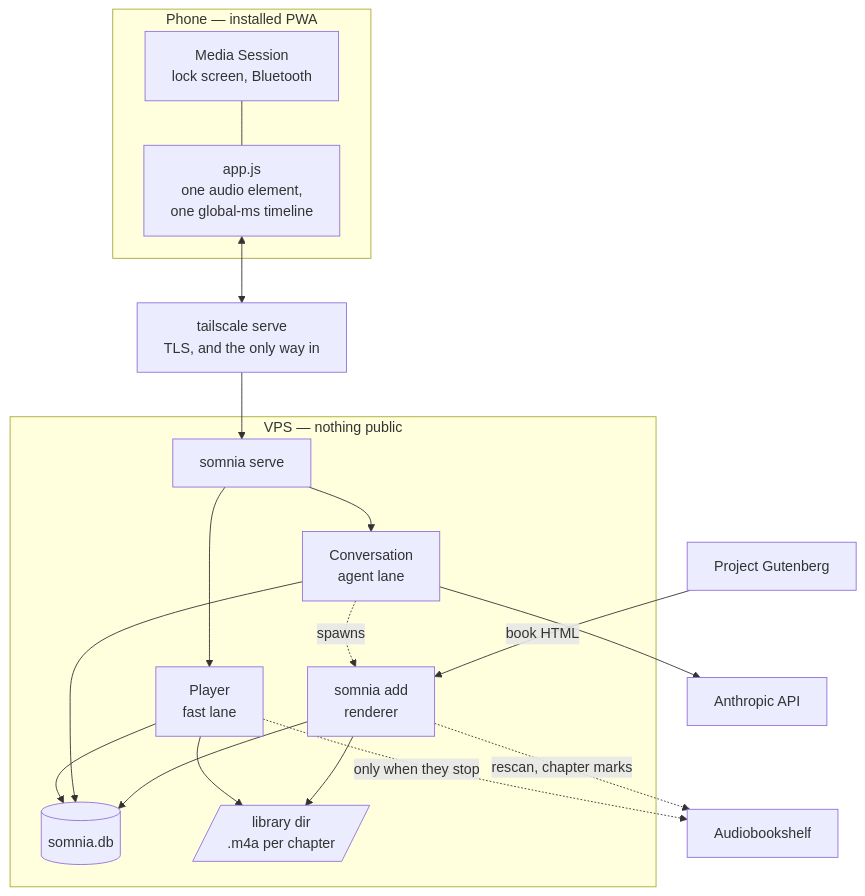
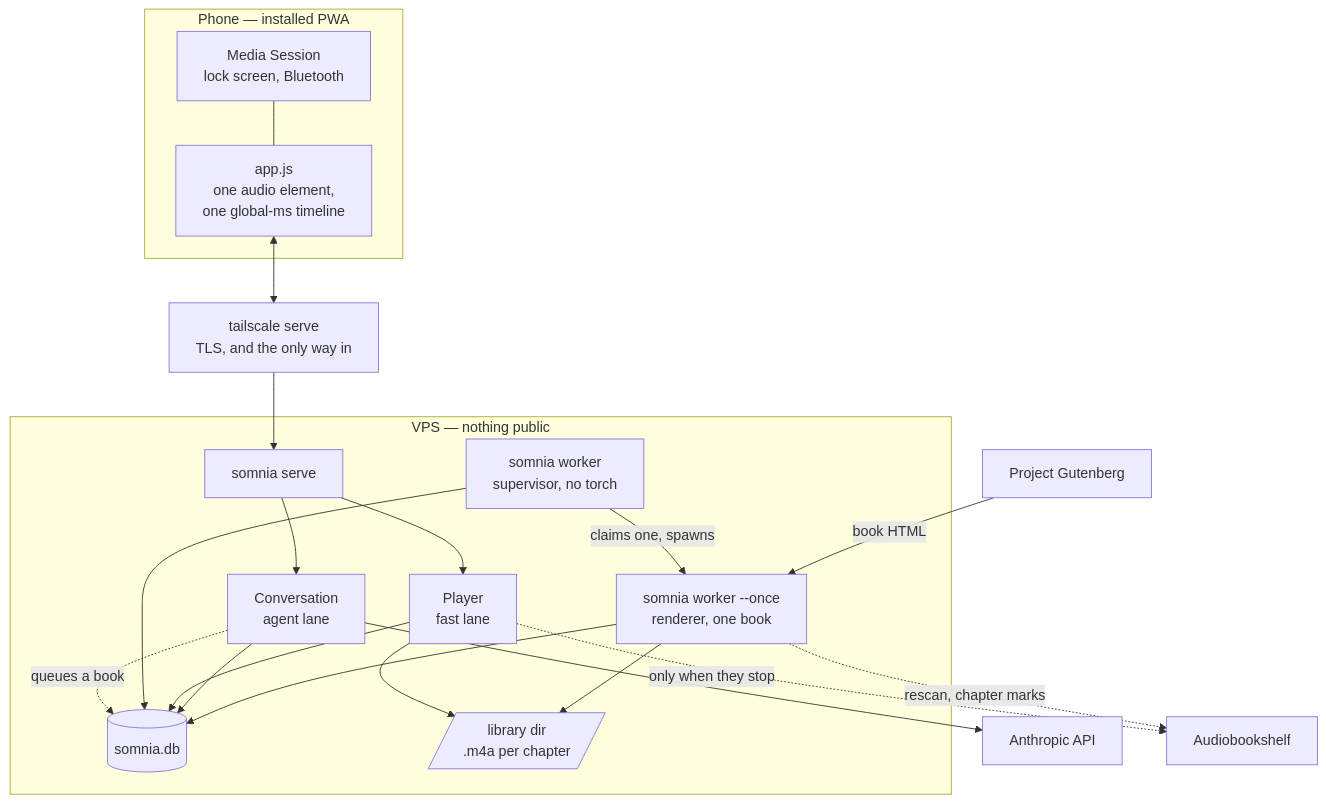
The first of 5 diagrams in docs/explanations/architecture.md (gilesknap/somnia), drawn with Mermaid before and after one commit. The commit also changed other lines of this file and 7 other files, not shown here.

````diff
--- a/docs/explanations/architecture.md
+++ b/docs/explanations/architecture.md
@@ -22,33 +28,36 @@
 ```mermaid
 flowchart TB
   subgraph Phone["Phone — installed PWA"]
     ms["Media Session<br>lock screen, Bluetooth"] --- page["app.js<br>one audio element,<br>one global-ms timeline"]
   end
 
   ts["tailscale serve<br>TLS, and the only way in"]
 
   subgraph VPS["VPS — nothing public"]
     serve["somnia serve"]
     player["Player<br>fast lane"]
     agent["Conversation<br>agent lane"]
-    ingest["somnia add<br>renderer"]
+    worker["somnia worker<br>supervisor, no torch"]
+    ingest["somnia worker --once<br>renderer, one book"]
     db[("somnia.db")]
     files[/"library dir<br>.m4a per chapter"/]
   end
 
   api["Anthropic API"]
   gut["Project Gutenberg"]
   abs["Audiobookshelf"]
 
   page <--> ts
   ts --> serve
   serve --> player & agent
   agent --> api
-  agent -.->|"spawns"| ingest
+  agent -.->|"queues a book"| db
+  worker -->|"claims one, spawns"| ingest
+  worker --> db
   gut -->|"book HTML"| ingest
   player --> db & files
   agent --> db
   ingest --> db & files
   player -.->|"only when they stop"| abs
   ingest -.->|"rescan, chapter marks"| abs
 ```
````
